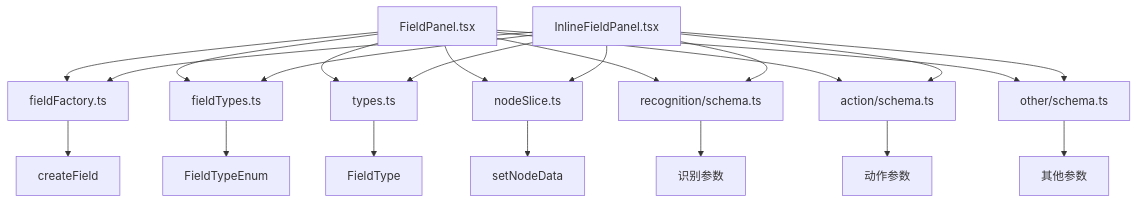
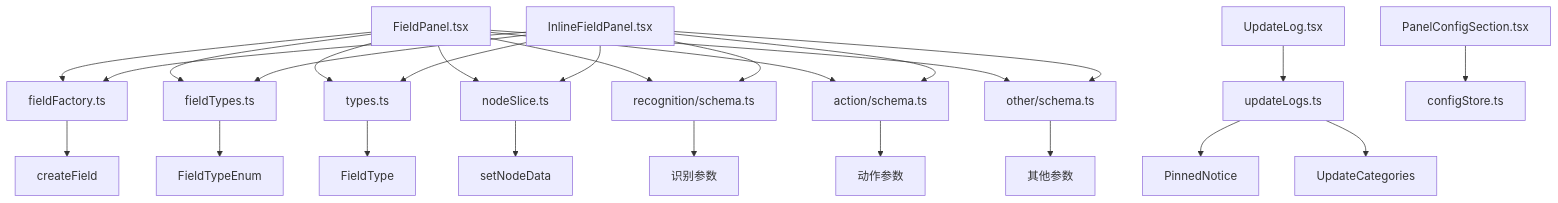
The eighth of 8 diagrams in .qoder/repowiki/zh/content/核心概念/字段面板/字段面板.md (kqcoxn/MaaPipelineEditor), drawn with Mermaid before and after one commit. The commit also changed other lines of this file and 23 other files, not shown here.

````diff
--- a/.qoder/repowiki/zh/content/核心概念/字段面板/字段面板.md
+++ b/.qoder/repowiki/zh/content/核心概念/字段面板/字段面板.md
@@ -269,24 +327,28 @@
 ```mermaid
 graph TD
 A[FieldPanel.tsx] --> B[fieldFactory.ts]
 A --> C[fieldTypes.ts]
 A --> D[types.ts]
 A --> E[nodeSlice.ts]
 B --> F[createField]
 C --> G[FieldTypeEnum]
 D --> H[FieldType]
 E --> I[setNodeData]
 A --> J[recognition/schema.ts]
 A --> K[action/schema.ts]
 A --> L[other/schema.ts]
 J --> M[识别参数]
 K --> N[动作参数]
 L --> O[其他参数]
 P[InlineFieldPanel.tsx] --> B
 P --> C
 P --> D
 P --> E
 P --> J
 P --> K
 P --> L
+Q[UpdateLog.tsx] --> R[updateLogs.ts]
+R --> S[PinnedNotice]
+R --> T[UpdateCategories]
+U[PanelConfigSection.tsx] --> V[configStore.ts]
 ```
````
